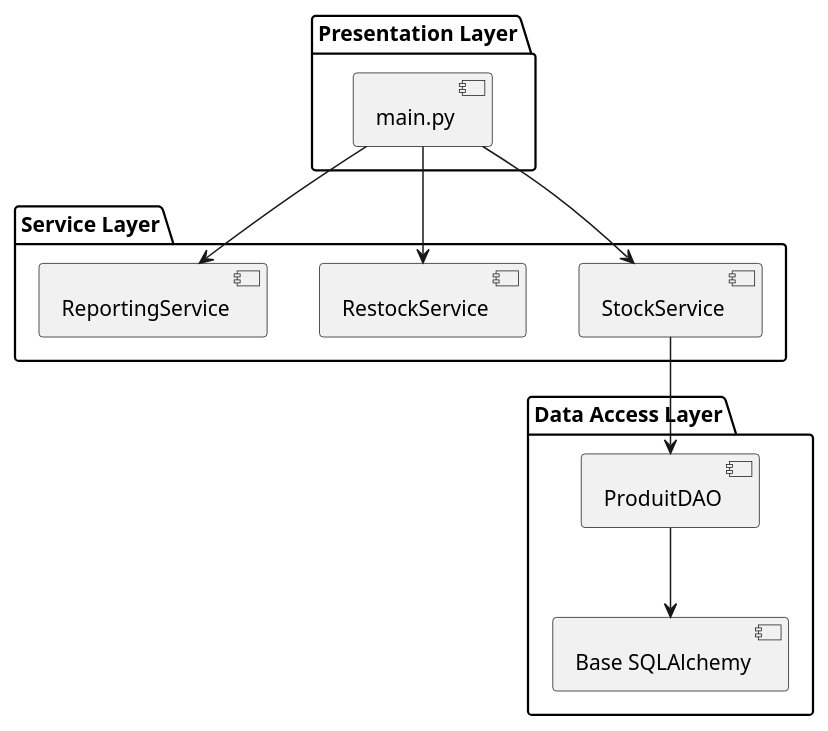
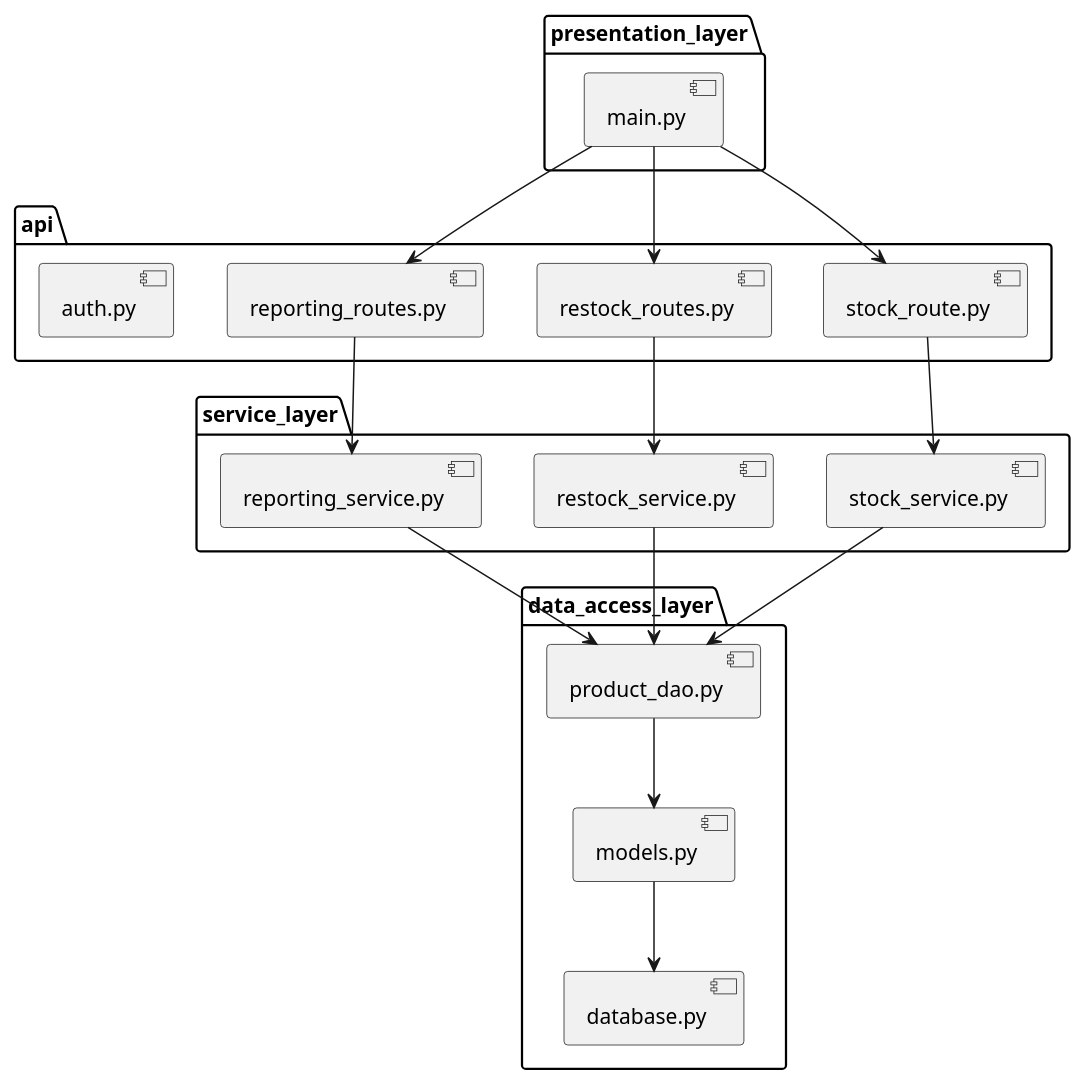
The diagram in docs/UML/implementation.puml (Ludo67/LOG430-Lab0), drawn with PlantUML before and after one commit. The commit also changed 90 other files, not shown here.

```diff
--- a/docs/UML/implementation.puml
+++ b/docs/UML/implementation.puml
@@ -1,23 +1,41 @@
 @startuml implementation
-package "Service Layer" {
-  [StockService]
-  [RestockService]
-  [ReportingService]
+
+package "api" {
+  [stock_route.py]
+  [restock_routes.py]
+  [reporting_routes.py]
+  [auth.py]
 }
 
-package "Data Access Layer" {
-  [ProduitDAO]
-  [Base SQLAlchemy]
+package "service_layer" {
+  [stock_service.py]
+  [restock_service.py]
+  [reporting_service.py]
 }
 
-package "Presentation Layer" {
+package "data_access_layer" {
+  [product_dao.py]
+  [models.py]
+  [database.py]
+}
+
+package "presentation_layer" {
   [main.py]
 }
 
-[main.py] --> [StockService]
-[main.py] --> [RestockService]
-[main.py] --> [ReportingService]
-[StockService] --> [ProduitDAO]
-[ProduitDAO] --> [Base SQLAlchemy]
+[main.py] --> [stock_route.py]
+[main.py] --> [restock_routes.py]
+[main.py] --> [reporting_routes.py]
+
+[stock_route.py] --> [stock_service.py]
+[restock_routes.py] --> [restock_service.py]
+[reporting_routes.py] --> [reporting_service.py]
+
+[stock_service.py] --> [product_dao.py]
+[restock_service.py] --> [product_dao.py]
+[reporting_service.py] --> [product_dao.py]
+
+[product_dao.py] --> [models.py]
+[models.py] --> [database.py]
 
 @enduml
```
